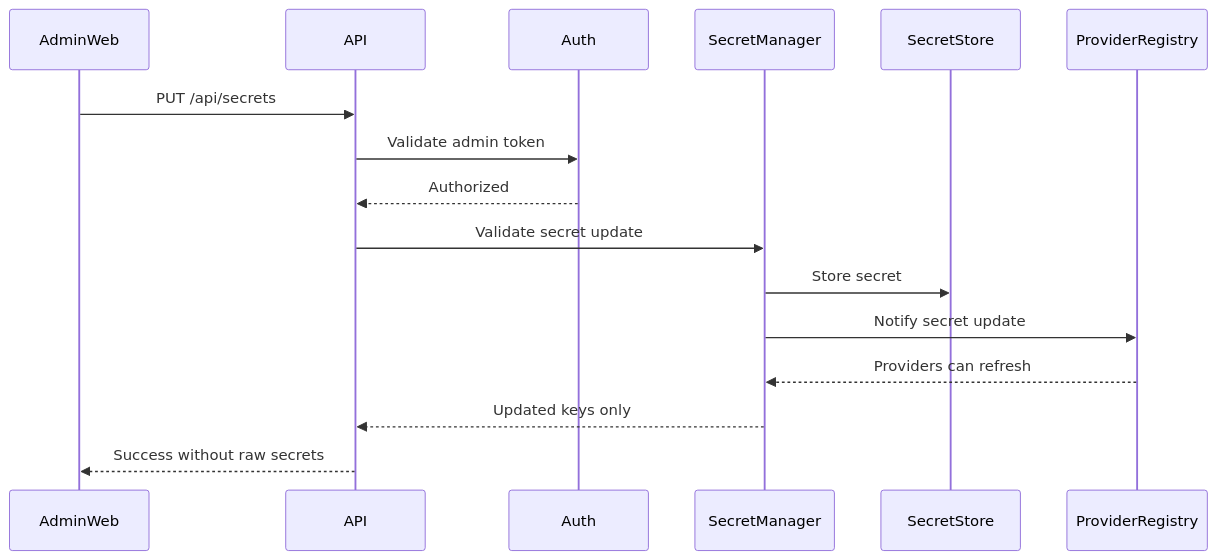
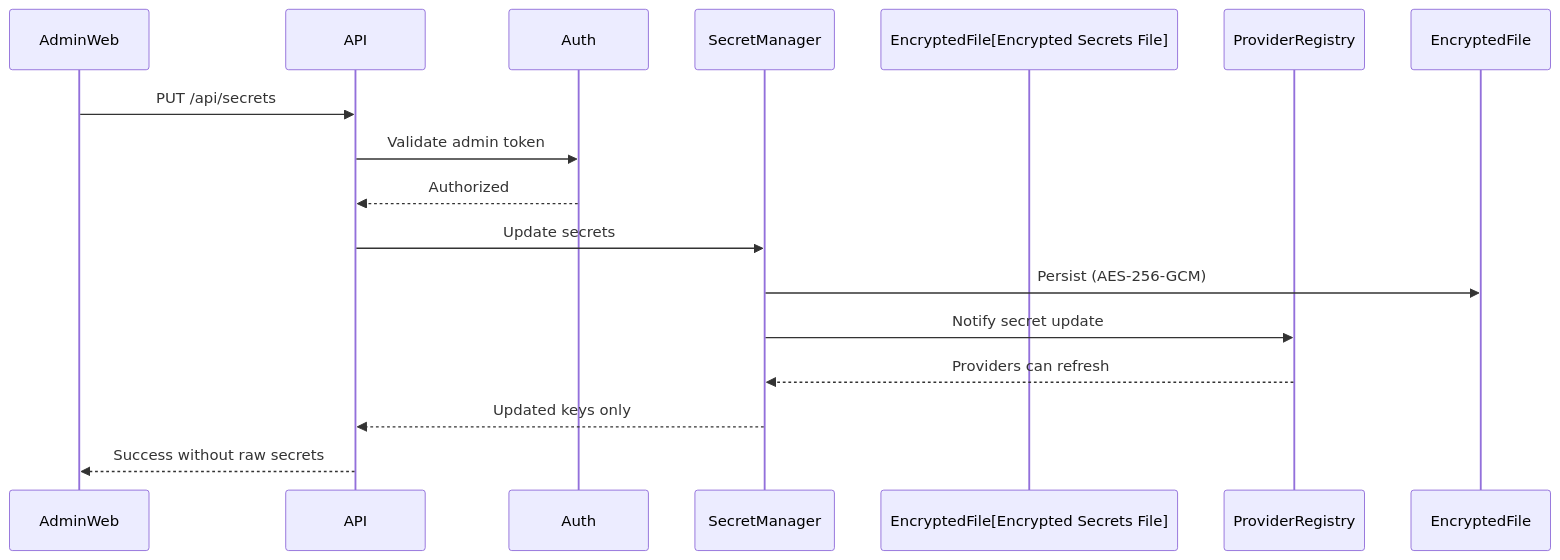
Before and after one commit to Jonathan0823/VoxaLive: the second of 4 diagrams in docs/09_CONFIG_AND_SECRETS.md, drawn with Mermaid. The commit also changed other lines of this file, not shown here.

First line of the commit message:
docs: update CONFIG_AND_SECRETS doc with encrypted persistence and UI flow

```diff
--- a/docs/09_CONFIG_AND_SECRETS.md
+++ b/docs/09_CONFIG_AND_SECRETS.md
@@ -96,19 +134,19 @@
 ~~~mermaid
 sequenceDiagram
     participant AdminWeb
     participant API
     participant Auth
     participant SecretManager
-    participant SecretStore
+    participant EncryptedFile[Encrypted Secrets File]
     participant ProviderRegistry
 
     AdminWeb->>API: PUT /api/secrets
     API->>Auth: Validate admin token
     Auth-->>API: Authorized
-    API->>SecretManager: Validate secret update
-    SecretManager->>SecretStore: Store secret
+    API->>SecretManager: Update secrets
+    SecretManager->>EncryptedFile: Persist (AES-256-GCM)
     SecretManager->>ProviderRegistry: Notify secret update
     ProviderRegistry-->>SecretManager: Providers can refresh
     SecretManager-->>API: Updated keys only
     API-->>AdminWeb: Success without raw secrets
 ~~~
```
